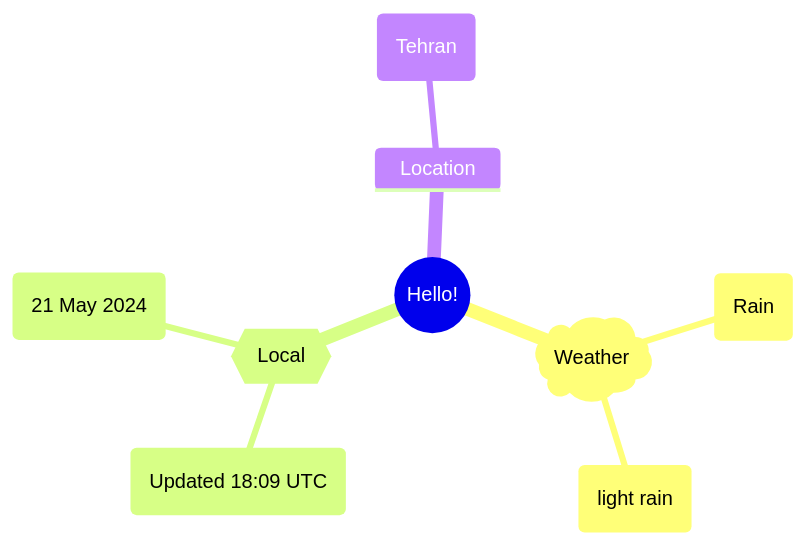
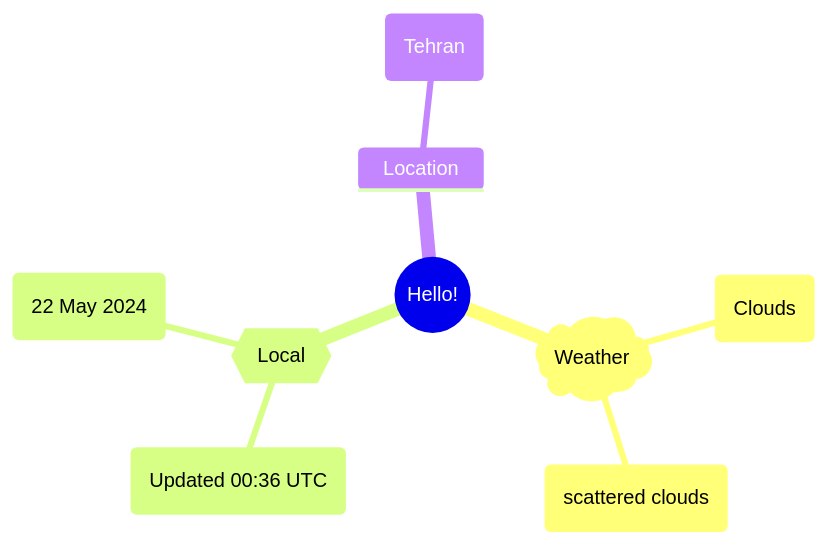
Before and after one commit to Xosrov/Xosrov: the first of 2 diagrams in README.md, drawn with Mermaid.

Commit message:
[bot] updated images

````diff
--- a/README.md
+++ b/README.md
@@ -3,12 +3,12 @@
 ```mermaid
 mindmap
   root((Hello!))
     )Weather(
-        (Rain)
-        (light rain)
+        (Clouds)
+        (scattered clouds)
     {{Local}}
-        (Updated 18:09 UTC)
-        (21 May 2024)
+        (Updated 00:36 UTC)
+        (22 May 2024)
     Location
         (Tehran)
 ```
````
